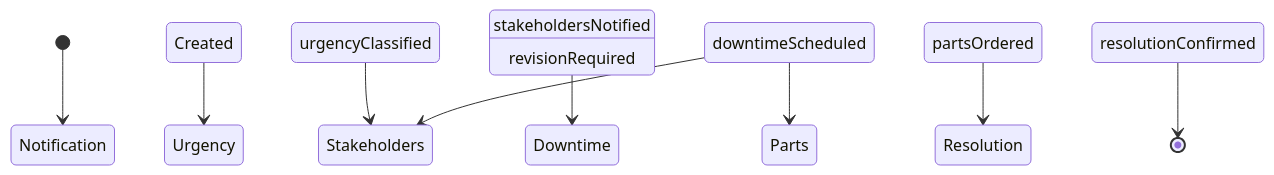
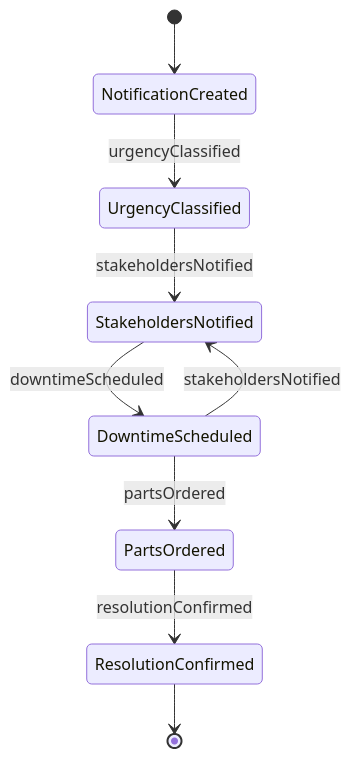
One commit to dot-org-ai/tasks.org.ai changed the second of 4 diagrams in CommunicatingWithSupervisorsPeersOrSubordinates/NotifyOthersOfEmergenciesOrProblems/NotifyOthersEquipmentRepairMaintenance.mdx. Above: the diagram before and after it, drawn with Mermaid. The commit also changed other lines of this file and 515 other files, not shown here.

````diff
--- a/CommunicatingWithSupervisorsPeersOrSubordinates/NotifyOthersOfEmergenciesOrProblems/NotifyOthersEquipmentRepairMaintenance.mdx
+++ b/CommunicatingWithSupervisorsPeersOrSubordinates/NotifyOthersOfEmergenciesOrProblems/NotifyOthersEquipmentRepairMaintenance.mdx
@@ -95,11 +95,11 @@
 ```mermaid
 stateDiagram-v2
-    [*] --> Notification Created
-    Notification Created --> Urgency Classified : urgencyClassified
-    Urgency Classified --> Stakeholders Notified : stakeholdersNotified
-    Stakeholders Notified --> Downtime Scheduled : downtimeScheduled
-    Downtime Scheduled --> Parts Ordered : partsOrdered
-    Parts Ordered --> Resolution Confirmed : resolutionConfirmed
-    Downtime Scheduled --> Stakeholders Notified : revisionRequired
-    Resolution Confirmed --> [*]
+    [*] --> NotificationCreated
+    NotificationCreated --> UrgencyClassified : urgencyClassified
+    UrgencyClassified --> StakeholdersNotified : stakeholdersNotified
+    StakeholdersNotified --> DowntimeScheduled : downtimeScheduled
+    DowntimeScheduled --> PartsOrdered : partsOrdered
+    PartsOrdered --> ResolutionConfirmed : resolutionConfirmed
+    DowntimeScheduled --> StakeholdersNotified : stakeholdersNotified
+    ResolutionConfirmed --> [*]
 ```
````
